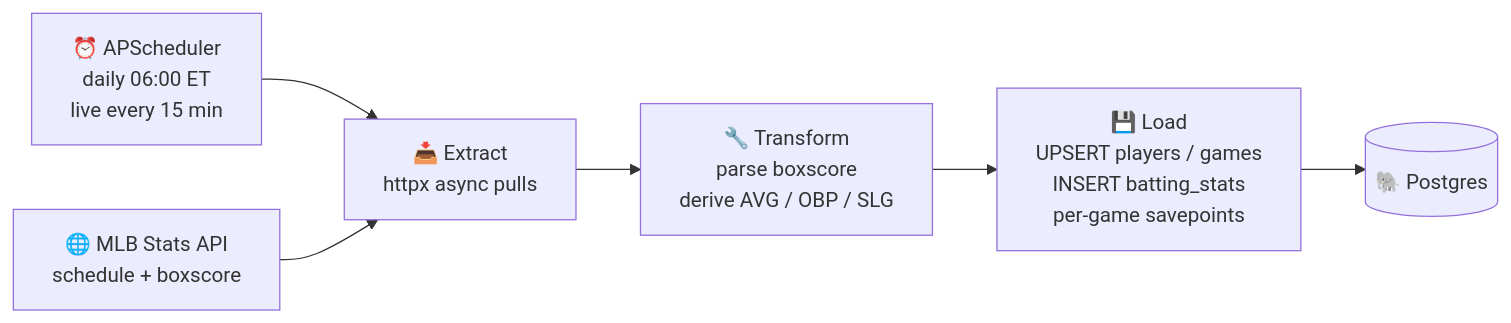
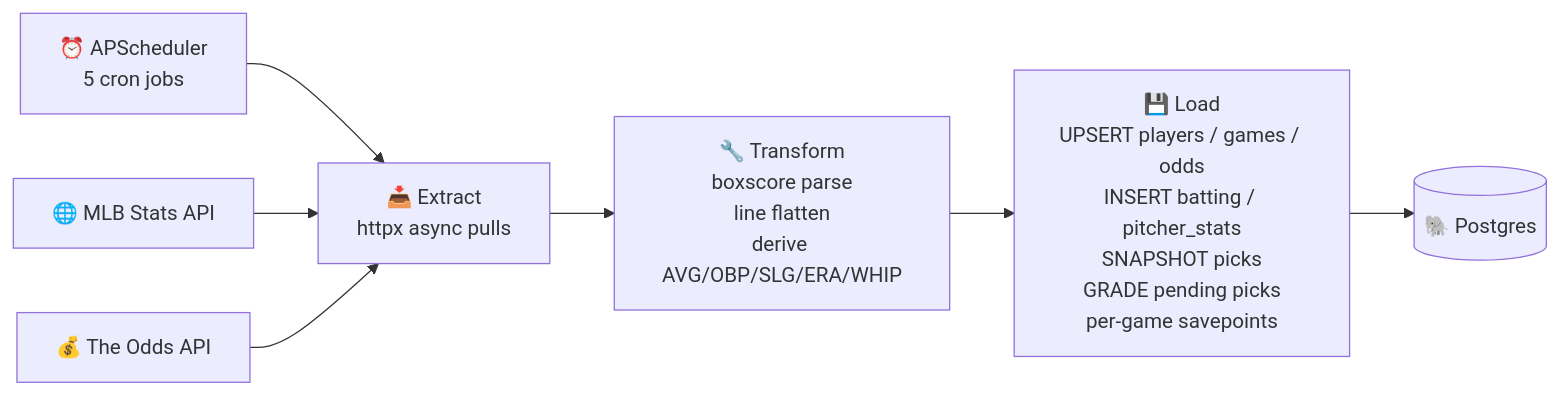
The third of 3 diagrams in README.md (josephhcoonn-create/securestats), drawn with Mermaid before and after one commit. The commit also changed other lines of this file, not shown here.

First line of the commit message:
README: document Phase 7 + Phase 8 (multi-factor hit prob, odds, picks, accuracy)

````diff
--- a/README.md
+++ b/README.md
@@ -309,15 +394,17 @@
 ```mermaid
 flowchart LR
-    SCHED["⏰ APScheduler<br/>daily 06:00 ET<br/>live every 15 min"]
-    MLB["🌐 MLB Stats API<br/>schedule + boxscore"]
+    SCHED["⏰ APScheduler<br/>5 cron jobs"]
+    MLB["🌐 MLB Stats API"]
+    ODDS["💰 The Odds API"]
     EXTRACT["📥 Extract<br/>httpx async pulls"]
-    TRANSFORM["🔧 Transform<br/>parse boxscore<br/>derive AVG / OBP / SLG"]
-    LOAD["💾 Load<br/>UPSERT players / games<br/>INSERT batting_stats<br/>per-game savepoints"]
+    TRANSFORM["🔧 Transform<br/>boxscore parse<br/>line flatten<br/>derive AVG/OBP/SLG/ERA/WHIP"]
+    LOAD["💾 Load<br/>UPSERT players / games / odds<br/>INSERT batting / pitcher_stats<br/>SNAPSHOT picks<br/>GRADE pending picks<br/>per-game savepoints"]
     DB[("🐘 Postgres")]
 
     SCHED --> EXTRACT
     MLB --> EXTRACT
+    ODDS --> EXTRACT
     EXTRACT --> TRANSFORM
     TRANSFORM --> LOAD
     LOAD --> DB
 ```
````
